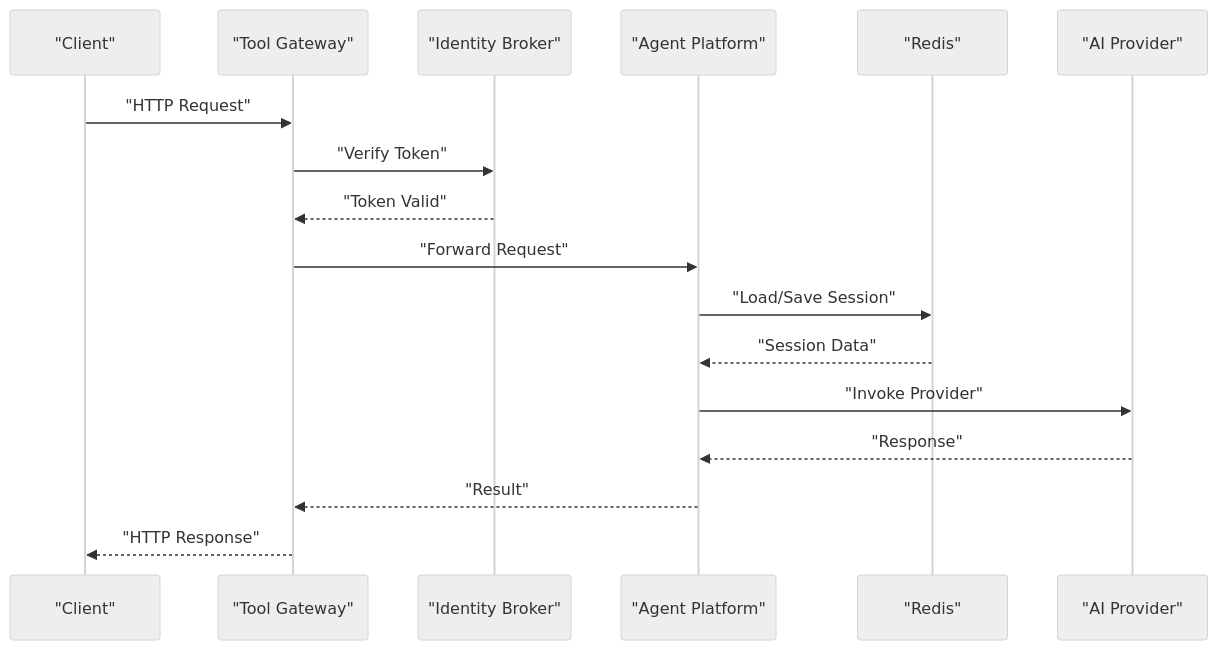
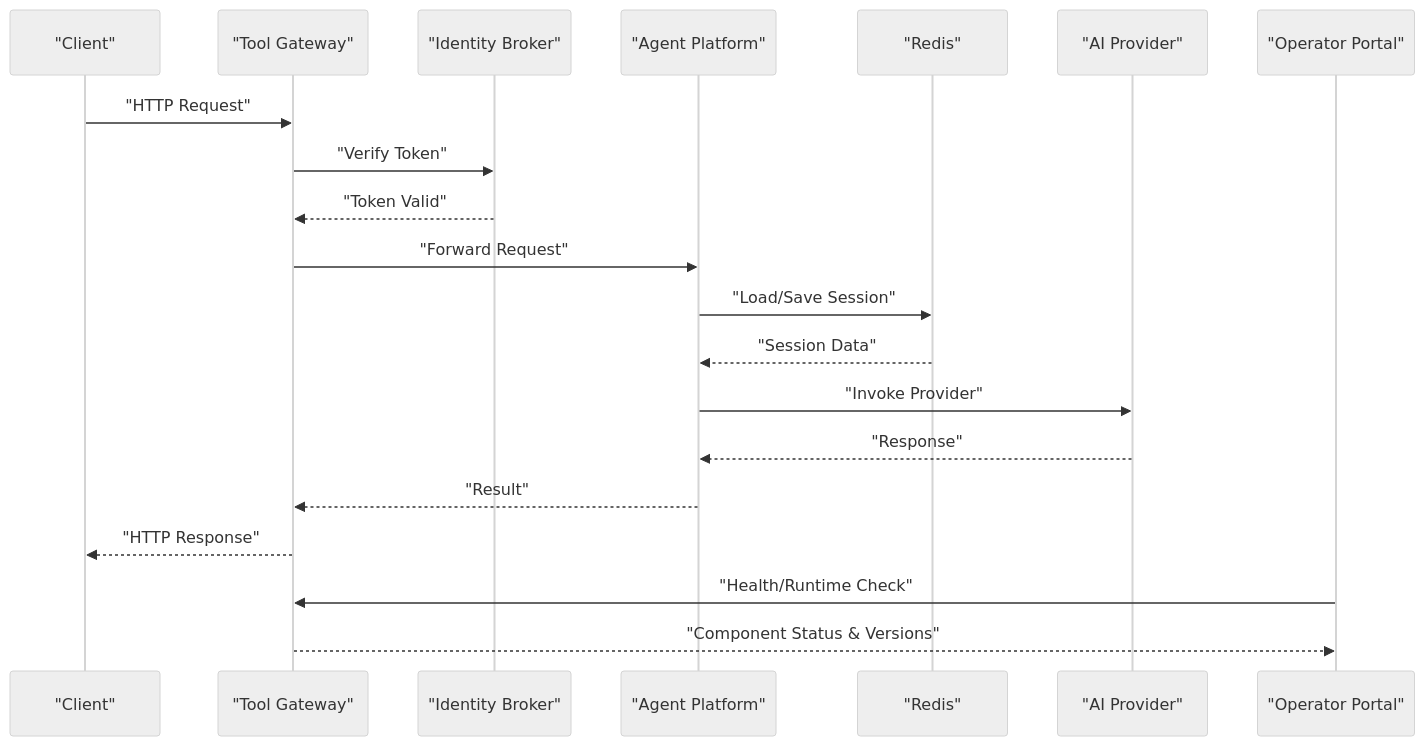
Before and after one commit to metasync/luban-aiops: the second of 14 diagrams in .qoder/repowiki/en/content/Architecture Documentation/Technology Stack & Frameworks.md, drawn with Mermaid (neutral theme). The commit also changed other lines of this file and 6 other files, not shown here.

````diff
--- a/.qoder/repowiki/en/content/Architecture Documentation/Technology Stack & Frameworks.md
+++ b/.qoder/repowiki/en/content/Architecture Documentation/Technology Stack & Frameworks.md
@@ -153,19 +170,22 @@
 ```mermaid
 sequenceDiagram
 participant Client as "Client"
 participant Gateway as "Tool Gateway"
 participant Auth as "Identity Broker"
 participant Agent as "Agent Platform"
 participant Store as "Redis"
 participant Prov as "AI Provider"
+participant Portal as "Operator Portal"
 Client->>Gateway : "HTTP Request"
 Gateway->>Auth : "Verify Token"
 Auth-->>Gateway : "Token Valid"
 Gateway->>Agent : "Forward Request"
 Agent->>Store : "Load/Save Session"
 Store-->>Agent : "Session Data"
 Agent->>Prov : "Invoke Provider"
 Prov-->>Agent : "Response"
 Agent-->>Gateway : "Result"
 Gateway-->>Client : "HTTP Response"
+Portal->>Gateway : "Health/Runtime Check"
+Gateway-->>Portal : "Component Status & Versions"
 ```
````
